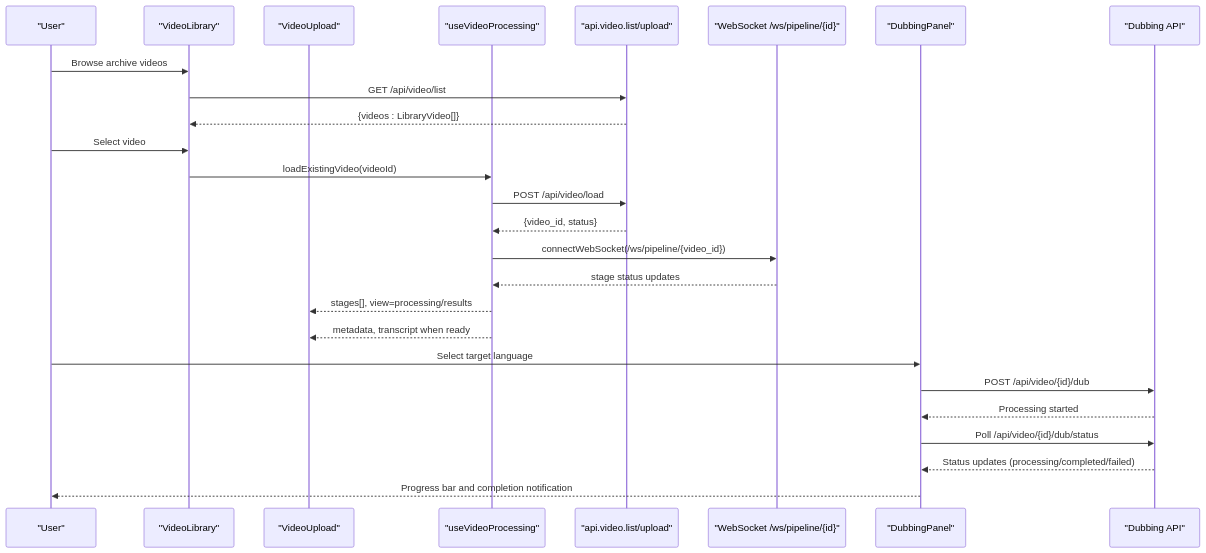
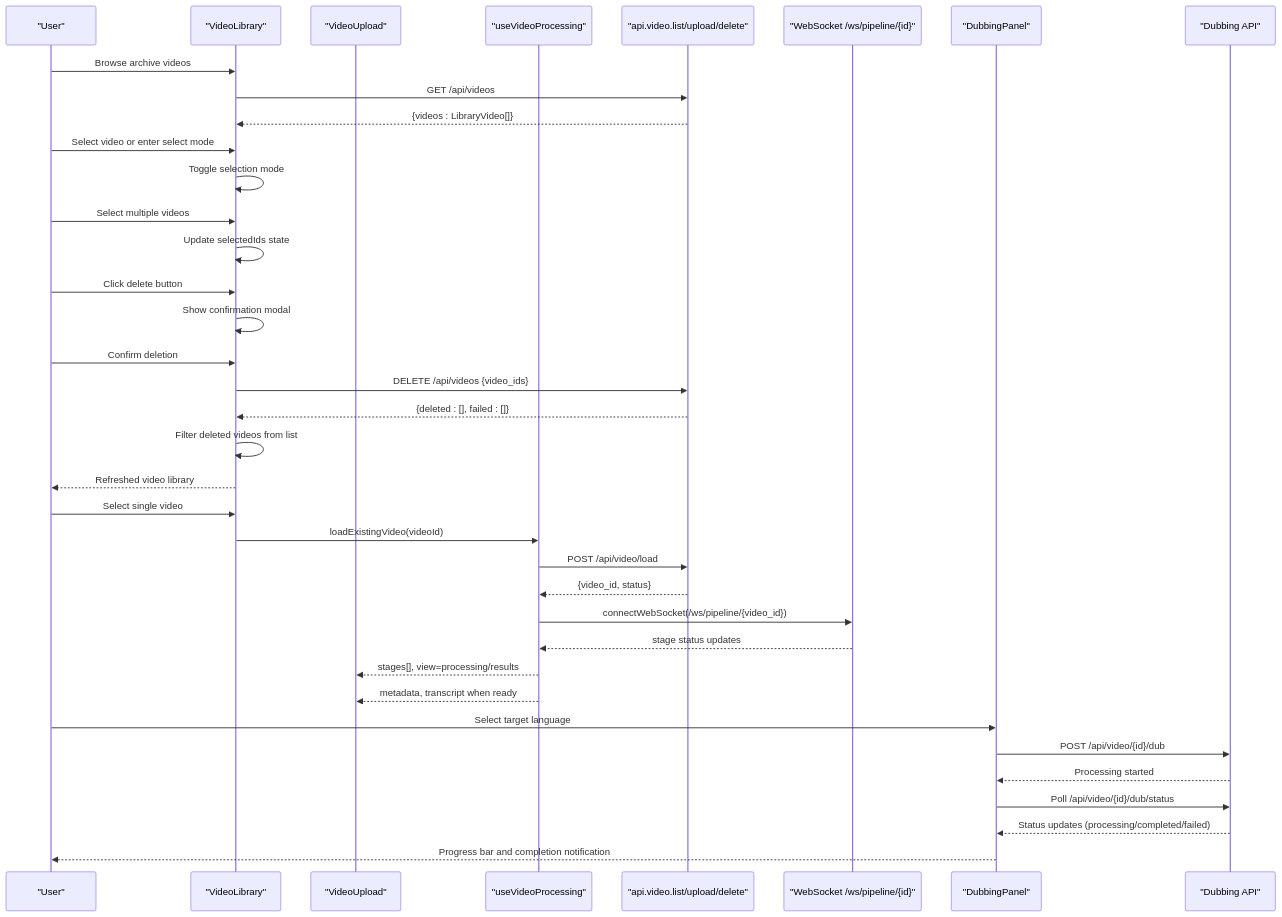
One commit to alexandreybasta-cyber/dubai-media-ai changed the second of 3 diagrams in .qoder/repowiki/en/content/Frontend Application/Component Library.md. Above: the diagram before and after it, drawn with Mermaid. The commit also changed other lines of this file and 43 other files, not shown here.

````diff
--- a/.qoder/repowiki/en/content/Frontend Application/Component Library.md
+++ b/.qoder/repowiki/en/content/Frontend Application/Component Library.md
@@ -195,28 +195,39 @@
 ```mermaid
 sequenceDiagram
 participant U as "User"
 participant VL as "VideoLibrary"
 participant VU as "VideoUpload"
 participant UV as "useVideoProcessing"
-participant API as "api.video.list/upload"
+participant API as "api.video.list/upload/delete"
 participant WS as "WebSocket /ws/pipeline/{id}"
 participant DBP as "DubbingPanel"
 participant DAPI as "Dubbing API"
 U->>VL : Browse archive videos
-VL->>API : GET /api/video/list
+VL->>API : GET /api/videos
 API-->>VL : {videos : LibraryVideo[]}
-U->>VL : Select video
+U->>VL : Select video or enter select mode
+VL->>VL : Toggle selection mode
+U->>VL : Select multiple videos
+VL->>VL : Update selectedIds state
+U->>VL : Click delete button
+VL->>VL : Show confirmation modal
+U->>VL : Confirm deletion
+VL->>API : DELETE /api/videos {video_ids}
+API-->>VL : {deleted : [], failed : []}
+VL->>VL : Filter deleted videos from list
+VL-->>U : Refreshed video library
+U->>VL : Select single video
 VL->>UV : loadExistingVideo(videoId)
 UV->>API : POST /api/video/load
 API-->>UV : {video_id, status}
 UV->>WS : connectWebSocket(/ws/pipeline/{video_id})
 WS-->>UV : stage status updates
 UV-->>VU : stages[], view=processing/results
 UV-->>VU : metadata, transcript when ready
 U->>DBP : Select target language
 DBP->>DAPI : POST /api/video/{id}/dub
 DAPI-->>DBP : Processing started
 DBP->>DAPI : Poll /api/video/{id}/dub/status
 DAPI-->>DBP : Status updates (processing/completed/failed)
 DBP-->>U : Progress bar and completion notification
 ```
````
